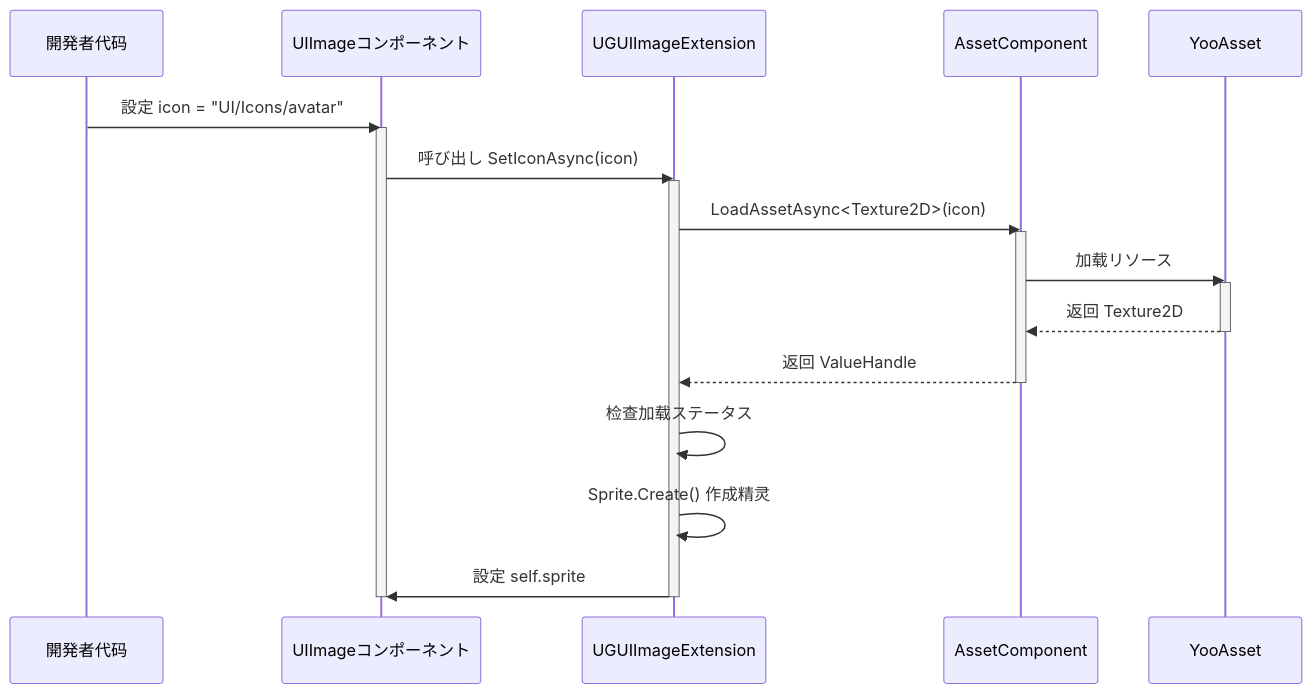
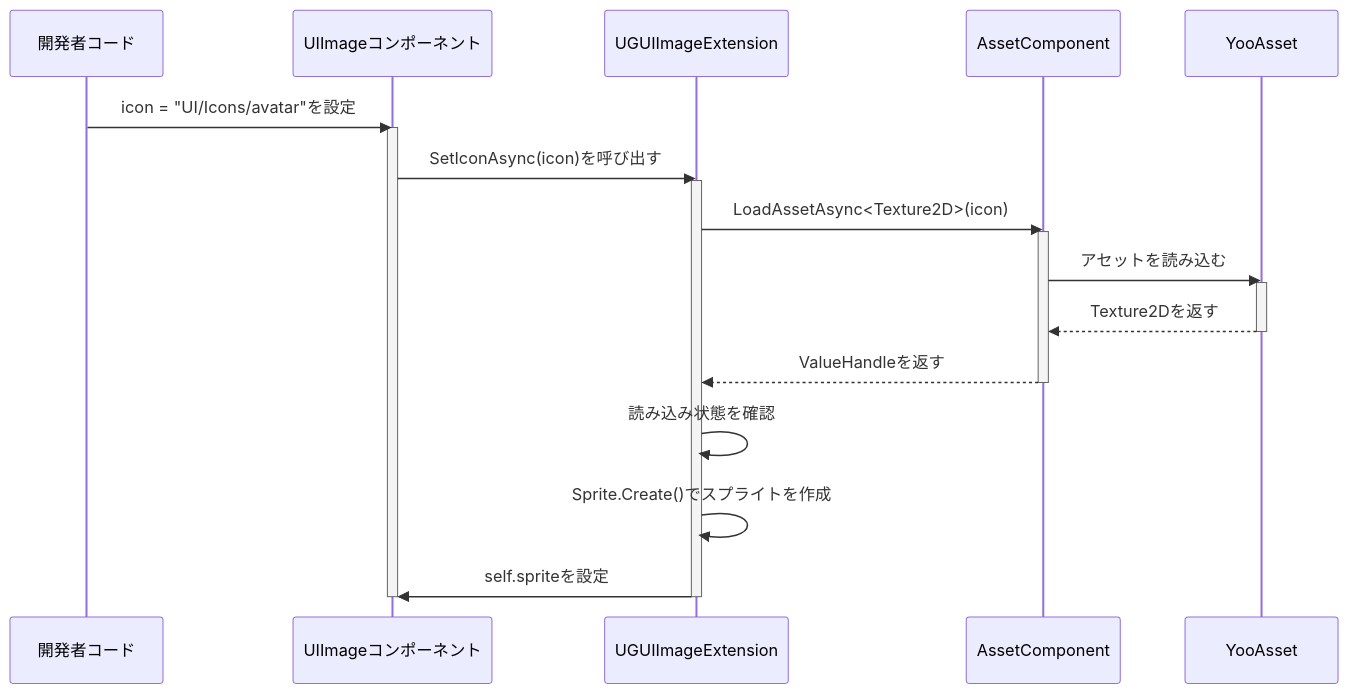
The second of 3 diagrams in docs/ja/client/unity/component/ui-ugui/09.uiimage.md (AlianBlank/GameFrameX.Docs), drawn with Mermaid before and after one commit. The commit also changed other lines of this file and 320 other files, not shown here.

````diff
--- a/docs/ja/client/unity/component/ui-ugui/09.uiimage.md
+++ b/docs/ja/client/unity/component/ui-ugui/09.uiimage.md
@@ -55,26 +55,26 @@
 ```mermaid
 sequenceDiagram
-    participant Dev as 開発者代码
+    participant Dev as 開発者コード
     participant UI as UIImageコンポーネント
     participant Ext as UGUIImageExtension
     participant Asset as AssetComponent
     participant Yoo as YooAsset
 
-    Dev->>UI: 設定 icon = "UI/Icons/avatar"
+    Dev->>UI: icon = "UI/Icons/avatar"を設定
     activate UI
-    UI->>Ext: 呼び出し SetIconAsync(icon)
+    UI->>Ext: SetIconAsync(icon)を呼び出す
     activate Ext
     Ext->>Asset: LoadAssetAsync<Texture2D>(icon)
     activate Asset
-    Asset->>Yoo: 加载リソース
+    Asset->>Yoo: アセットを読み込む
     activate Yoo
-    Yoo-->>Asset: 返回 Texture2D
+    Yoo-->>Asset: Texture2Dを返す
     deactivate Yoo
-    Asset-->>Ext: 返回 ValueHandle
+    Asset-->>Ext: ValueHandleを返す
     deactivate Asset
-    Ext->>Ext: 检查加载ステータス
-    Ext->>Ext: Sprite.Create() 作成精灵
-    Ext->>UI: 設定 self.sprite
+    Ext->>Ext: 読み込み状態を確認
+    Ext->>Ext: Sprite.Create()でスプライトを作成
+    Ext->>UI: self.spriteを設定
     deactivate Ext
     deactivate UI
 ```
````
